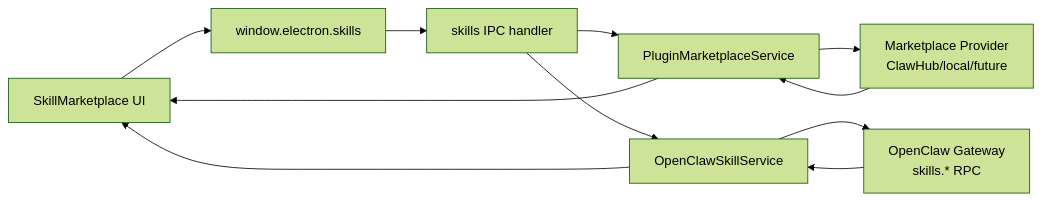
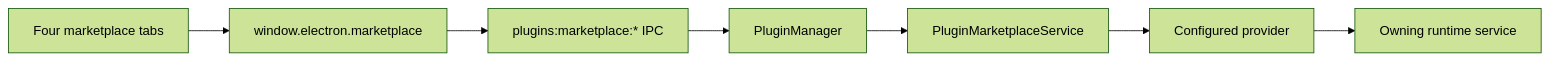
One commit to liangxhao/JustDo changed the diagram in docs/architecture/16-skill-marketplace-adapter.md. Above: the diagram before and after it, drawn with Mermaid (forest theme). The commit also changed other lines of this file and 31 other files, not shown here.

Commit message:
feat(plugins): scaffold enterprise marketplace

````diff
--- a/docs/architecture/16-skill-marketplace-adapter.md
+++ b/docs/architecture/16-skill-marketplace-adapter.md
@@ -15,13 +18,9 @@
 ```mermaid
 flowchart LR
-  UI["SkillMarketplace UI"] --> Preload["window.electron.skills"]
-  Preload --> IPC["skills IPC handler"]
-  IPC --> Market["PluginMarketplaceService"]
-  Market --> Provider["Marketplace Provider\nClawHub/local/future"]
-  IPC --> SkillSvc["OpenClawSkillService"]
-  SkillSvc --> Gateway["OpenClaw Gateway\nskills.* RPC"]
-  Provider --> Market
-  Market --> UI
-  Gateway --> SkillSvc
-  SkillSvc --> UI
+  UI["Four marketplace tabs"] --> Preload["window.electron.marketplace"]
+  Preload --> IPC["plugins:marketplace:* IPC"]
+  IPC --> Manager["PluginManager"]
+  Manager --> Market["PluginMarketplaceService"]
+  Market --> Provider["Configured provider"]
+  Provider --> Runtime["Owning runtime service"]
 ```
````
